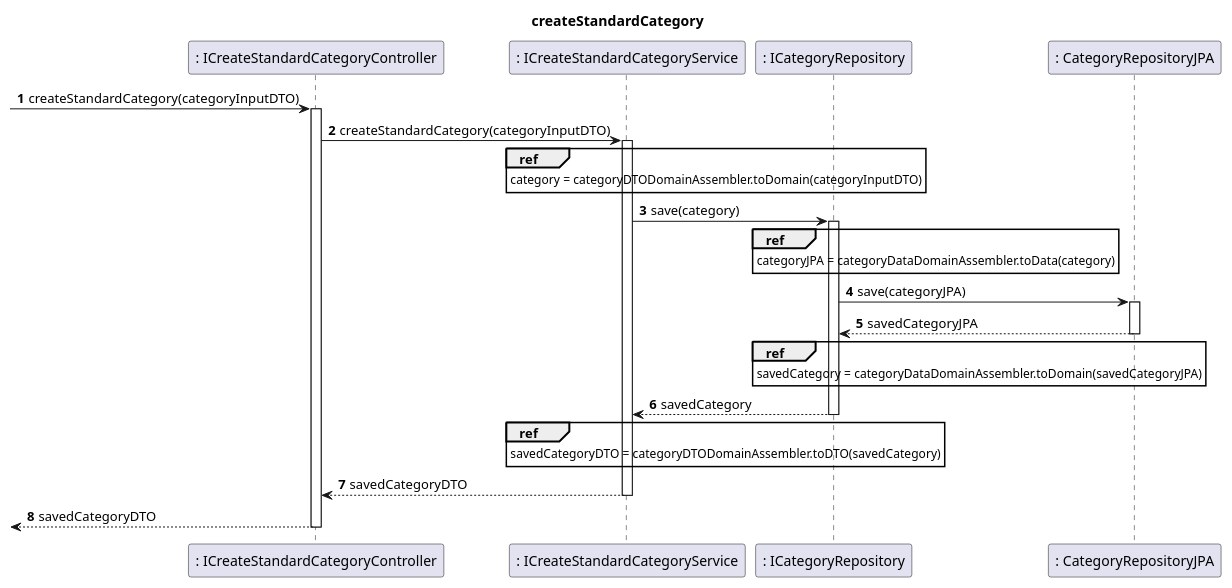
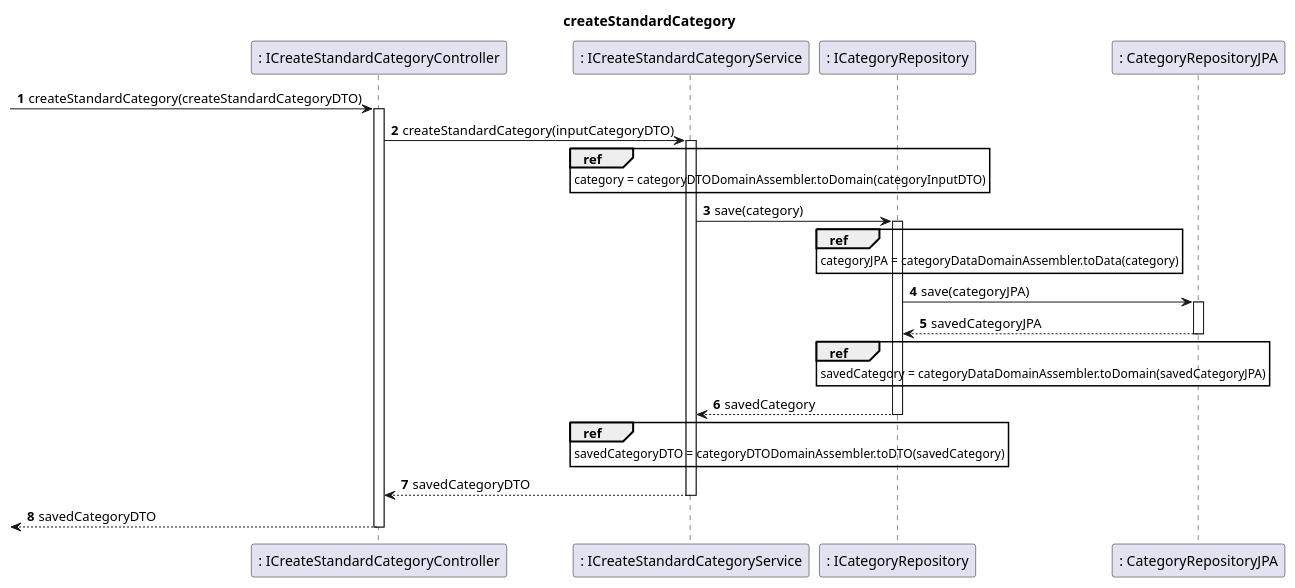
One commit to tomas-osswald/switch_2020_g3 changed the second of 5 diagrams in docs/sprint5/user_stories/US001_CreateStandardCategory.md. Above: the diagram before and after it, drawn with PlantUML. The commit also changed 14 other files, not shown here.

`````diff
--- a/docs/sprint5/user_stories/US001_CreateStandardCategory.md
+++ b/docs/sprint5/user_stories/US001_CreateStandardCategory.md
@@ -60,46 +60,46 @@
 ```` puml
 
 autonumber
 title createStandardCategory
 participant ": ICreateStandardCategoryController" as controller
 participant ": ICreateStandardCategoryService" as catServ
 participant ": ICategoryRepository" as repo
 participant ": CategoryRepositoryJPA" as jpa
     
--> controller : createStandardCategory(categoryInputDTO)
+-> controller : createStandardCategory(createStandardCategoryDTO)
 activate controller
 
-controller -> catServ : createStandardCategory(categoryInputDTO)
+controller -> catServ : createStandardCategory(inputCategoryDTO)
 activate catServ
 
 ref over catServ
 category = categoryDTODomainAssembler.toDomain(categoryInputDTO)
 end
 
 catServ -> repo : save(category)
 activate repo
 
 ref over repo
 categoryJPA = categoryDataDomainAssembler.toData(category)
 end
 
 repo -> jpa : save(categoryJPA)
 activate jpa
 return savedCategoryJPA
 
 ref over repo
 savedCategory = categoryDataDomainAssembler.toDomain(savedCategoryJPA)
 end
 
 return savedCategory
 
 ref over catServ
 savedCategoryDTO = categoryDTODomainAssembler.toDTO(savedCategory)
 end
 
 return savedCategoryDTO
 
 return savedCategoryDTO
 
 @endpuml
 ````
`````
